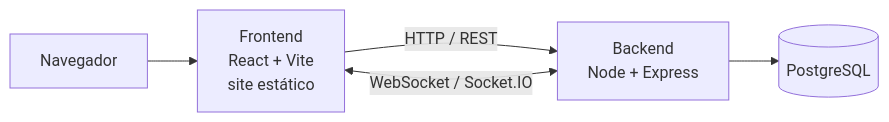
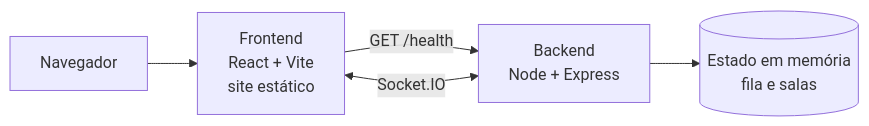
Before and after one commit to claclarinete/Knucklebones: the first of 4 diagrams in docs/README.md, drawn with Mermaid. The commit also changed other lines of this file, not shown here.

````diff
--- a/docs/README.md
+++ b/docs/README.md
@@ -35,7 +37,7 @@
 ```mermaid
 flowchart LR
     U[Navegador] --> F[Frontend<br/>React + Vite<br/>site estático]
-    F -- HTTP / REST --> B[Backend<br/>Node + Express]
-    F <-- WebSocket / Socket.IO --> B
-    B --> DB[(PostgreSQL)]
+    F -- GET /health --> B[Backend<br/>Node + Express]
+    F <-- Socket.IO --> B
+    B --> M[(Estado em memória<br/>fila e salas)]
 ```
````
